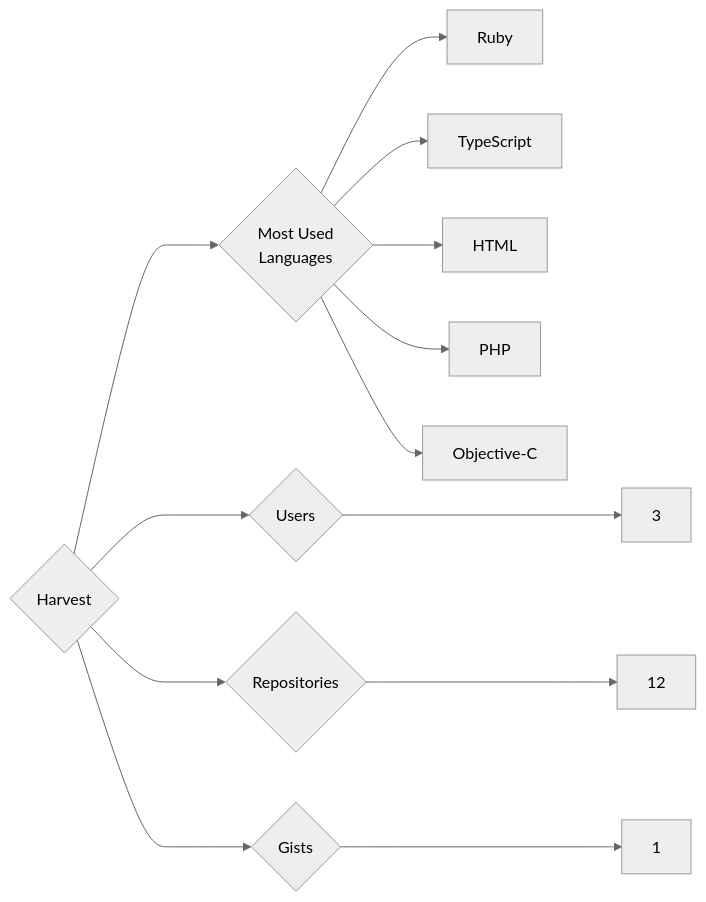
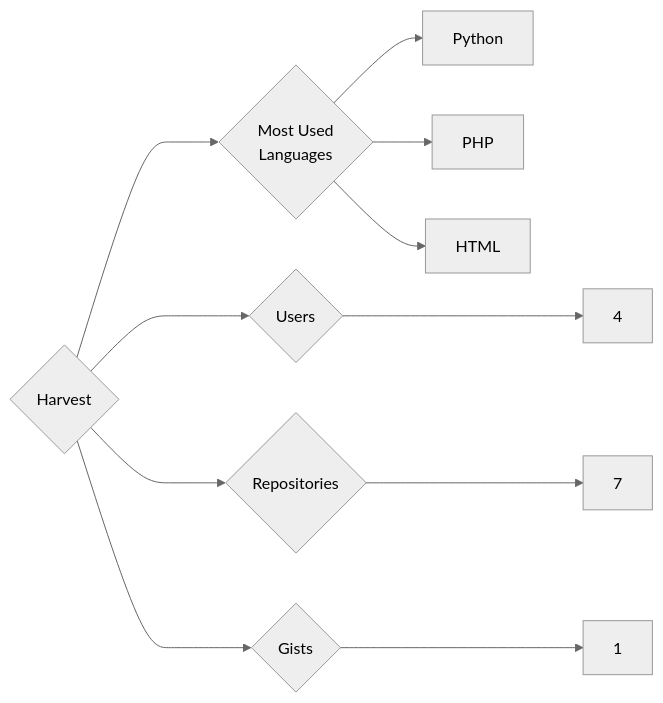
The diagram in targets/Harvest/README.md (trickest/insiders), drawn with Mermaid (neutral theme) before and after one commit. The commit also changed 736 other files, not shown here.

````diff
--- a/targets/Harvest/README.md
+++ b/targets/Harvest/README.md
@@ -3,13 +3,11 @@
 ```mermaid
 graph LR
 COMPANY_NAME{Harvest}
-COMPANY_NAME ---> U{Users} ---> UN[3]
-COMPANY_NAME ---> R{Repositories} ---> RN[12]
+COMPANY_NAME ---> U{Users} ---> UN[4]
+COMPANY_NAME ---> R{Repositories} ---> RN[7]
 COMPANY_NAME ---> G{Gists} ---> GN[1]
 COMPANY_NAME ---> ML{Most Used<br>Languages}
-ML --> Ruby[Ruby]
-ML --> TypeScript[TypeScript]
+ML --> Python[Python]
+ML --> PHP[PHP]
 ML --> HTML[HTML]
-ML --> PHP[PHP]
-ML --> Objective-C[Objective-C]
 ```
````
